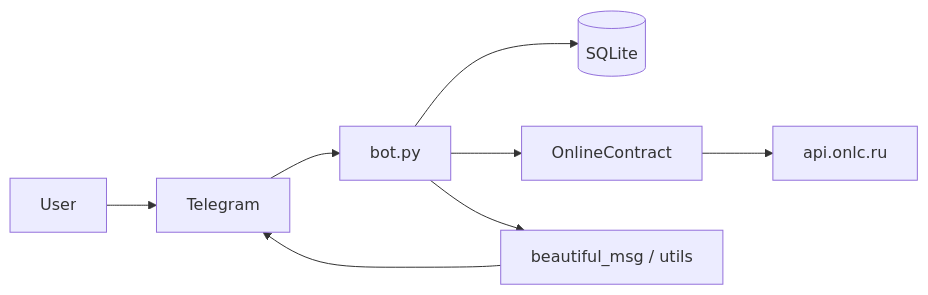
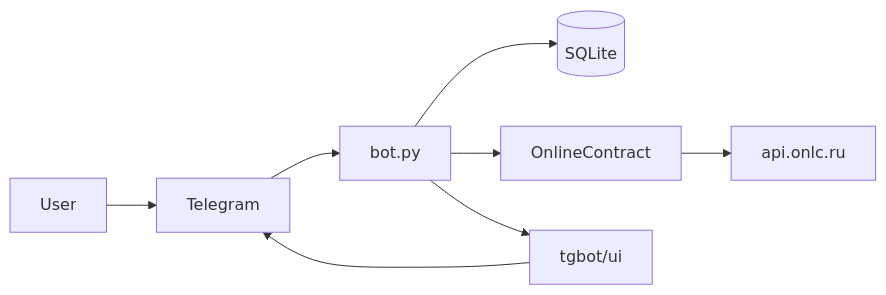
One commit to lifefucky/onlinecontract_tg_bot changed the diagram in README.md. Above: the diagram before and after it, drawn with Mermaid. The commit also changed other lines of this file and 48 other files, not shown here.

````diff
--- a/README.md
+++ b/README.md
@@ -27,10 +27,10 @@
 ```mermaid
 flowchart LR
   user[User] --> tg[Telegram]
   tg --> bot[bot.py]
   bot --> db[(SQLite)]
   bot --> oc[OnlineContract]
   oc --> api["api.onlc.ru"]
-  bot --> fmt[beautiful_msg / utils]
+  bot --> fmt[tgbot/ui]
   fmt --> tg
 ```
````
